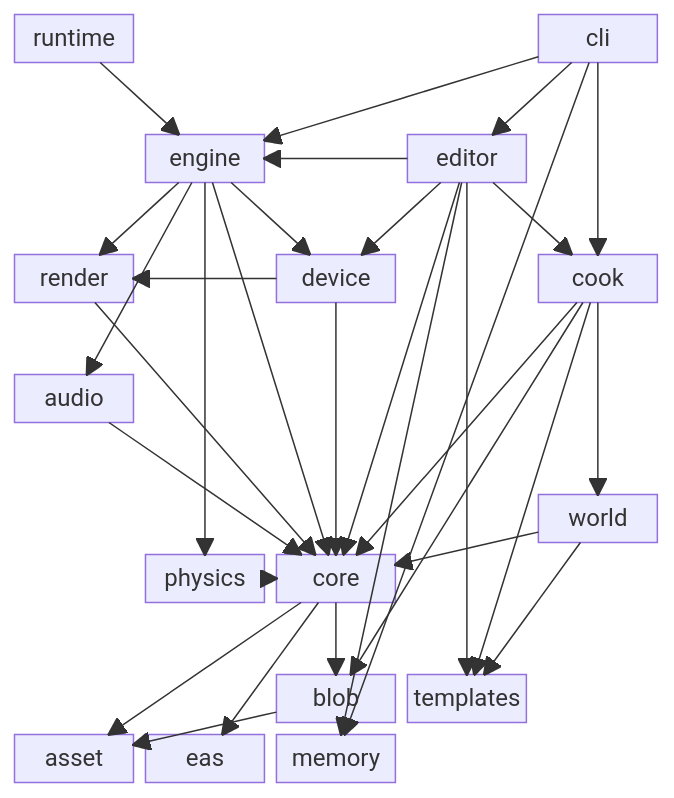
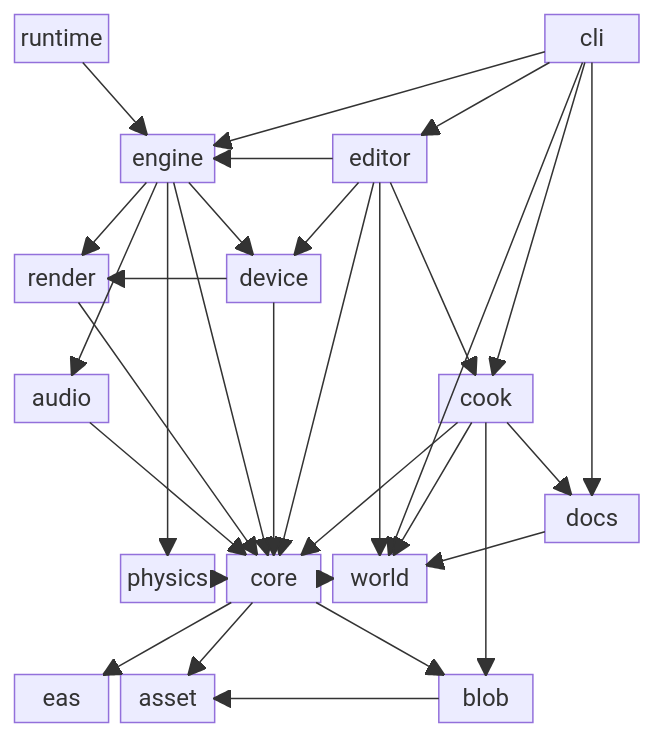
Before and after one commit to concinnitygg/concinnity: the diagram in crates/README.md, drawn with Mermaid. The commit also changed other lines of this file and 47 other files, not shown here.

````diff
--- a/crates/README.md
+++ b/crates/README.md
@@ -27,60 +26,59 @@
 ```mermaid
 block
-columns 5
+columns 6
 
 runtime
-space:3
+space:4
 cli
 
-space:5
+space:6
 
 space:1
 engine
 space:1
 editor
-space:1
+space:2
 
-space:5
+space:6
 
 render
 space:1
 device
+space:3
+
+space:6
+
+audio
+space:3
+cook
 space:1
-cook
+
+space:6
 
 space:5
-
-audio
-space:4
-
-space:5
-
-space:4
-world
+docs
 
 space:1
 physics
 core
+world
 space:2
 
-space:5
+space:6
 
+eas
+asset
 space:2
 blob
-templates
 space:1
-
-asset
-eas
-memory
-space:2
 
 runtime --> engine
 
 cli --> cook
 cli --> editor
 cli --> engine
-cli --> memory
+cli --> world
+cli --> docs
 
 core --> eas
 core --> asset
@@ -96,13 +94,14 @@
 editor --> device
 editor --> cook
 editor --> core
-editor --> templates
-editor --> memory
+editor --> world
 
 cook --> blob
 cook --> core
 cook --> world
-cook --> templates
+cook --> docs
+
+docs --> world
 
 device --> core
 device --> render
@@ -116,5 +115,4 @@
 blob --> asset
 
 world --> core
-world --> templates
 ```
````
